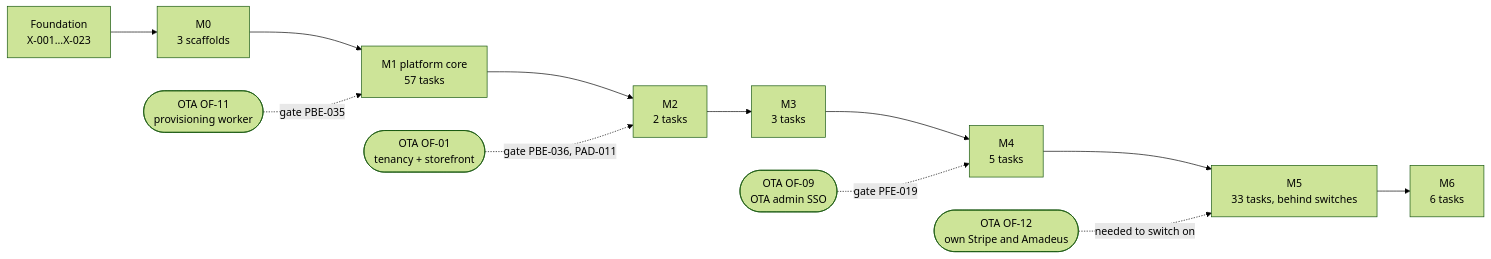
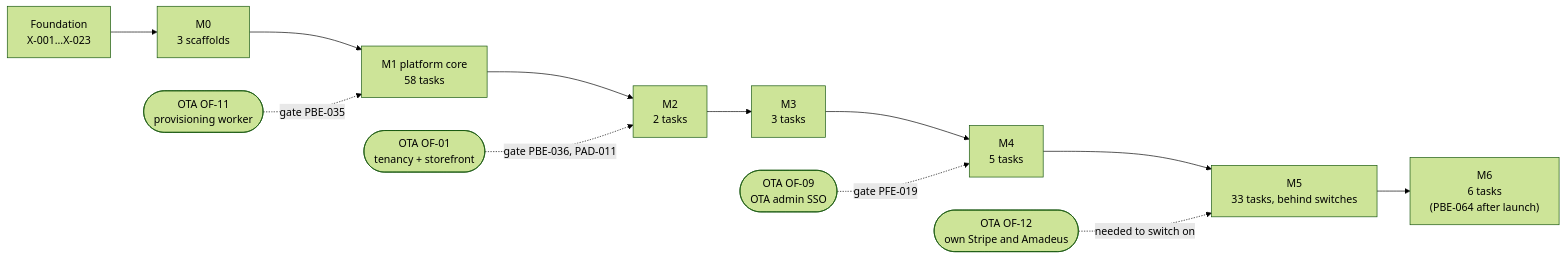
The diagram in platform/docs/plans/implementation-plan.md (bhagwati-prasad/velexis-ota), drawn with Mermaid (forest theme) before and after one commit. The commit also changed other lines of this file and 1 other file, not shown here.

````diff
--- a/platform/docs/plans/implementation-plan.md
+++ b/platform/docs/plans/implementation-plan.md
@@ -57,14 +57,14 @@
 ```mermaid
 flowchart LR
   F["Foundation<br/>X-001…X-023"] --> M0["M0<br/>3 scaffolds"]
-  M0 --> M1["M1 platform core<br/>57 tasks"]
+  M0 --> M1["M1 platform core<br/>58 tasks"]
   OF11(["OTA OF-11<br/>provisioning worker"]) -. gate PBE-035 .-> M1
   M1 --> M2["M2<br/>2 tasks"]
   OF01(["OTA OF-01<br/>tenancy + storefront"]) -. gate PBE-036, PAD-011 .-> M2
   M2 --> M3["M3<br/>3 tasks"]
   M3 --> M4["M4<br/>5 tasks"]
   OF09(["OTA OF-09<br/>OTA admin SSO"]) -. gate PFE-019 .-> M4
   M4 --> M5["M5<br/>33 tasks, behind switches"]
   OF12(["OTA OF-12<br/>own Stripe and Amadeus"]) -. needed to switch on .-> M5
-  M5 --> M6["M6<br/>6 tasks"]
+  M5 --> M6["M6<br/>6 tasks<br/>(PBE-064 after launch)"]
 ```
````
